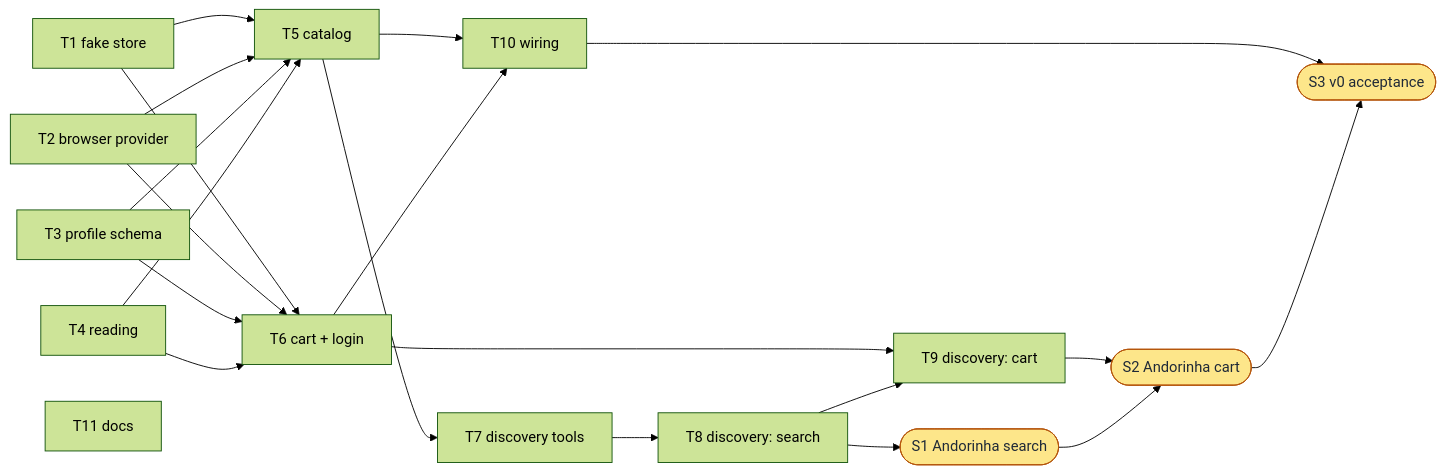
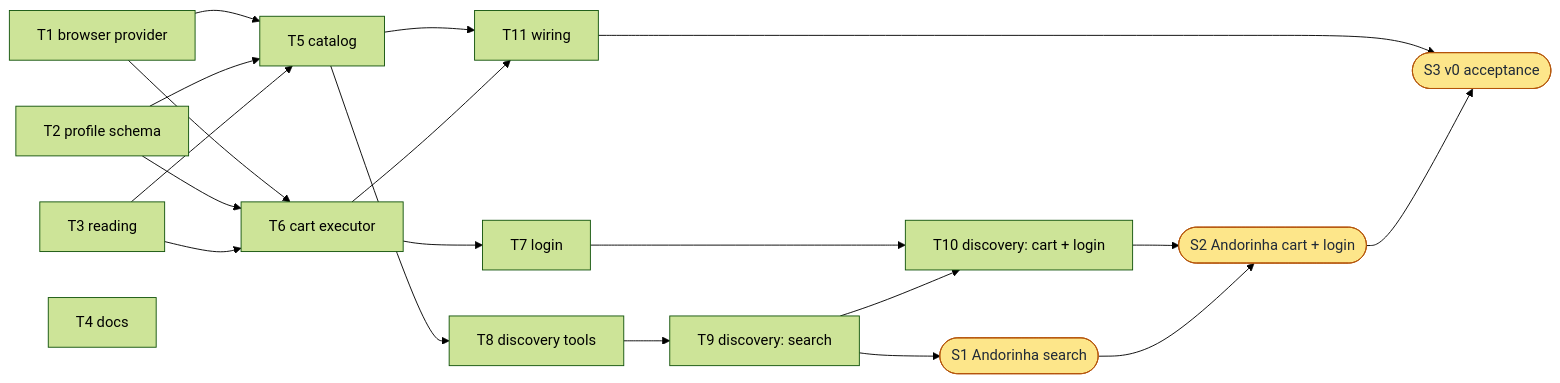
One commit to jwjosefy/shopping-minion changed the diagram in docs/lld.md. Above: the diagram before and after it, drawn with Mermaid (forest theme). The commit also changed other lines of this file, not shown here.

First line of the commit message:
docs(lld): fold in Johann's answers (no fake store, live tests, anonymous cart, sub-agents on Sonnet 5.5)

````diff
--- a/docs/lld.md
+++ b/docs/lld.md
@@ -165,26 +164,25 @@
 ```mermaid
 flowchart LR
-    T1[T1 fake store] --> T5[T5 catalog]
-    T2[T2 browser provider] --> T5
-    T3[T3 profile schema] --> T5
-    T4[T4 reading] --> T5
-    T1 --> T6[T6 cart + login]
+    T1[T1 browser provider] --> T5[T5 catalog]
+    T2[T2 profile schema] --> T5
+    T3[T3 reading] --> T5
+    T1 --> T6[T6 cart executor]
     T2 --> T6
     T3 --> T6
-    T4 --> T6
-    T5 --> T7[T7 discovery tools]
-    T7 --> T8[T8 discovery: search]
-    T6 --> T9[T9 discovery: cart]
-    T8 --> T9
-    T5 --> T10[T10 wiring]
-    T6 --> T10
-    T8 --> S1([S1 Andorinha search])
-    T9 --> S2([S2 Andorinha cart])
+    T6 --> T7[T7 login]
+    T5 --> T8[T8 discovery tools]
+    T8 --> T9[T9 discovery: search]
+    T7 --> T10[T10 discovery: cart + login]
+    T9 --> T10
+    T5 --> T11[T11 wiring]
+    T6 --> T11
+    T9 --> S1([S1 Andorinha search])
+    T10 --> S2([S2 Andorinha cart + login])
     S1 --> S2
-    T10 --> S3([S3 v0 acceptance])
+    T11 --> S3([S3 v0 acceptance])
     S2 --> S3
-    T11[T11 docs]
+    T4[T4 docs]
 
     classDef human fill:#fde68a,stroke:#b45309,color:#1f2937
     class S1,S2,S3 human
 ```
````
